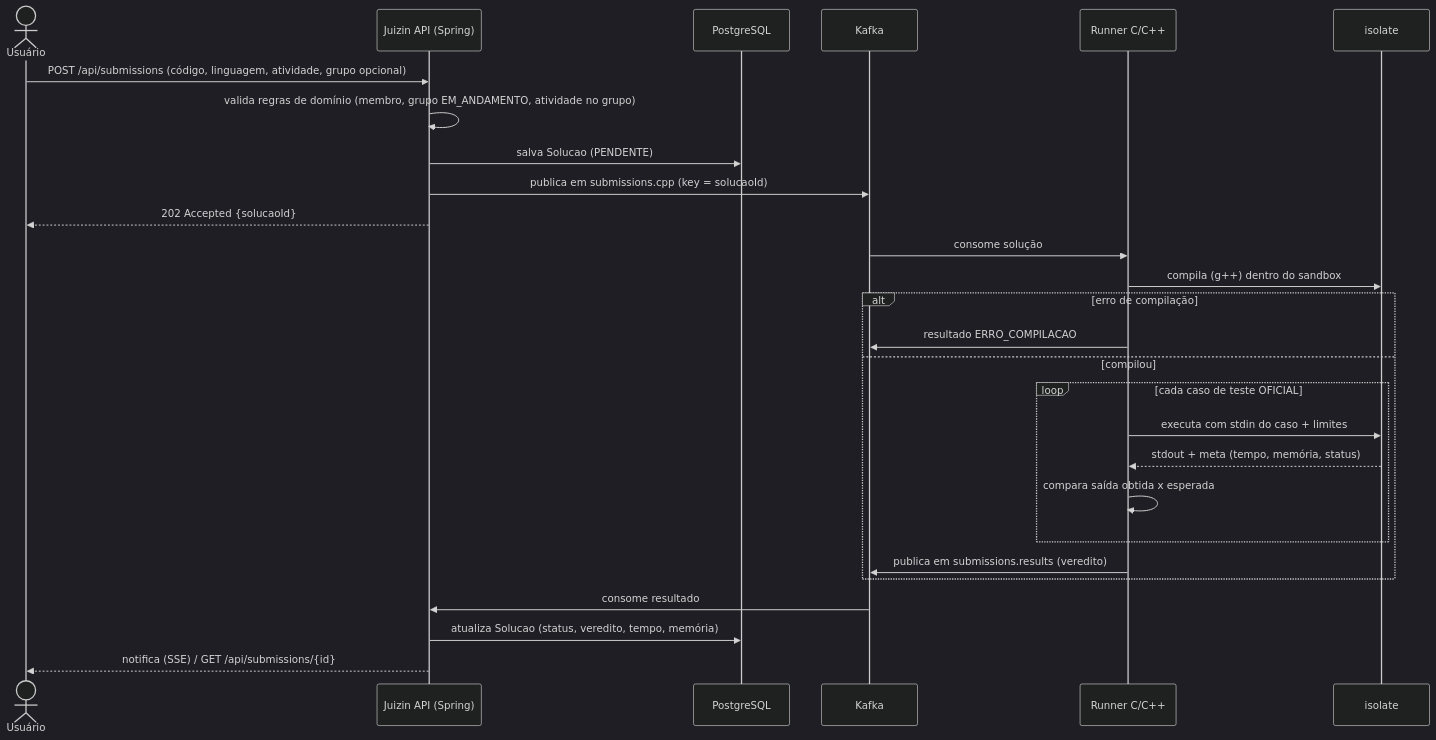
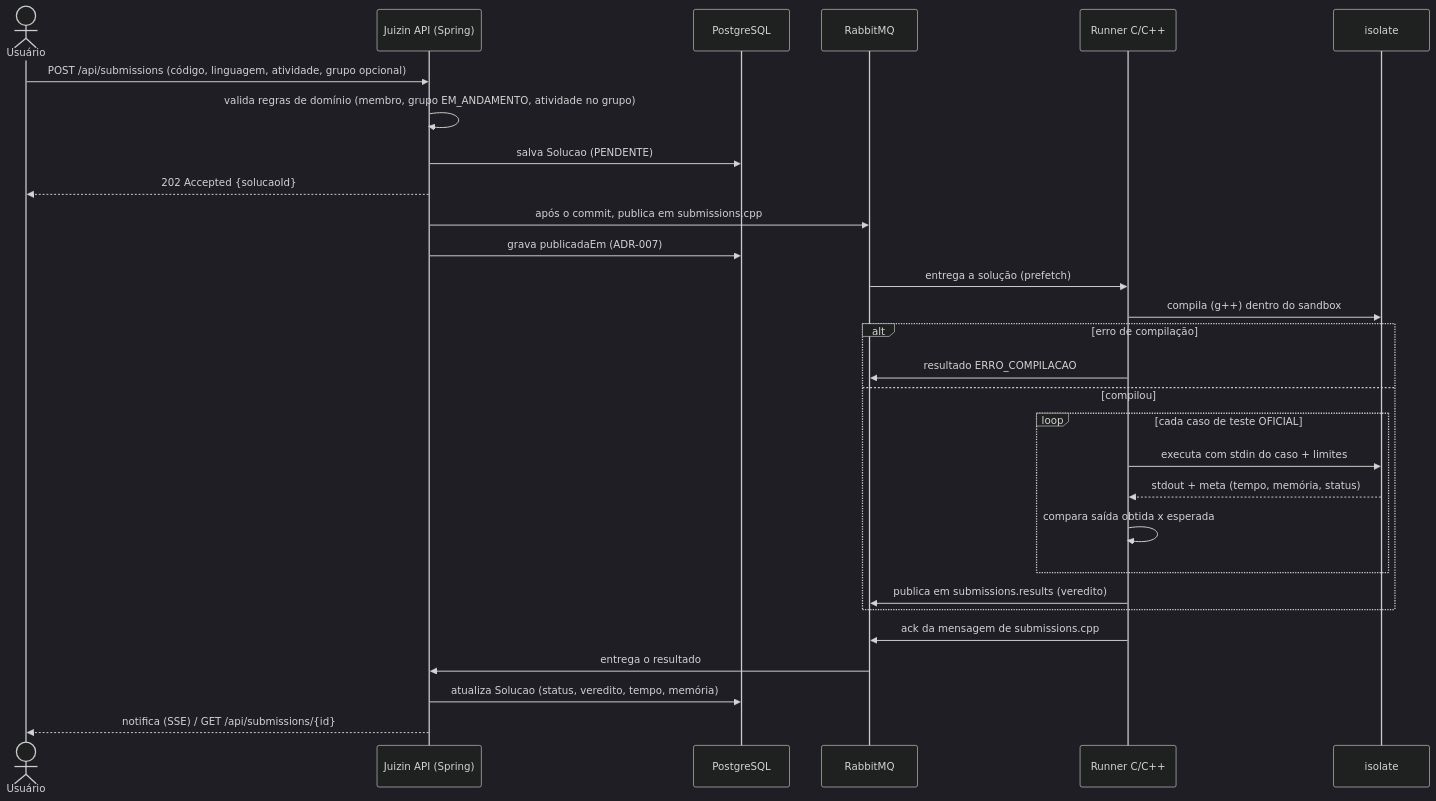
One commit to pedrogomesleite/judge changed the second of 5 diagrams in docs/architecture.md. Above: the diagram before and after it, drawn with Mermaid (dark theme). The commit also changed other lines of this file and 72 other files, not shown here.

````diff
--- a/docs/architecture.md
+++ b/docs/architecture.md
@@ -40,30 +40,32 @@
 ```mermaid
 sequenceDiagram
     actor E as Usuário
     participant API as Juizin API (Spring)
     participant DB as PostgreSQL
-    participant K as Kafka
+    participant K as RabbitMQ
     participant R as Runner C/C++
     participant I as isolate
 
     E->>API: POST /api/submissions (código, linguagem, atividade, grupo opcional)
     API->>API: valida regras de domínio (membro, grupo EM_ANDAMENTO, atividade no grupo)
     API->>DB: salva Solucao (PENDENTE)
-    API->>K: publica em submissions.cpp (key = solucaoId)
     API-->>E: 202 Accepted {solucaoId}
-    K->>R: consome solução
+    API->>K: após o commit, publica em submissions.cpp
+    API->>DB: grava publicadaEm (ADR-007)
+    K->>R: entrega a solução (prefetch)
     R->>I: compila (g++) dentro do sandbox
     alt erro de compilação
         R->>K: resultado ERRO_COMPILACAO
     else compilou
         loop cada caso de teste OFICIAL
             R->>I: executa com stdin do caso + limites
             I-->>R: stdout + meta (tempo, memória, status)
             R->>R: compara saída obtida x esperada
         end
         R->>K: publica em submissions.results (veredito)
     end
-    K->>API: consome resultado
+    R->>K: ack da mensagem de submissions.cpp
+    K->>API: entrega o resultado
     API->>DB: atualiza Solucao (status, veredito, tempo, memória)
     API-->>E: notifica (SSE) / GET /api/submissions/{id}
 ```
````
